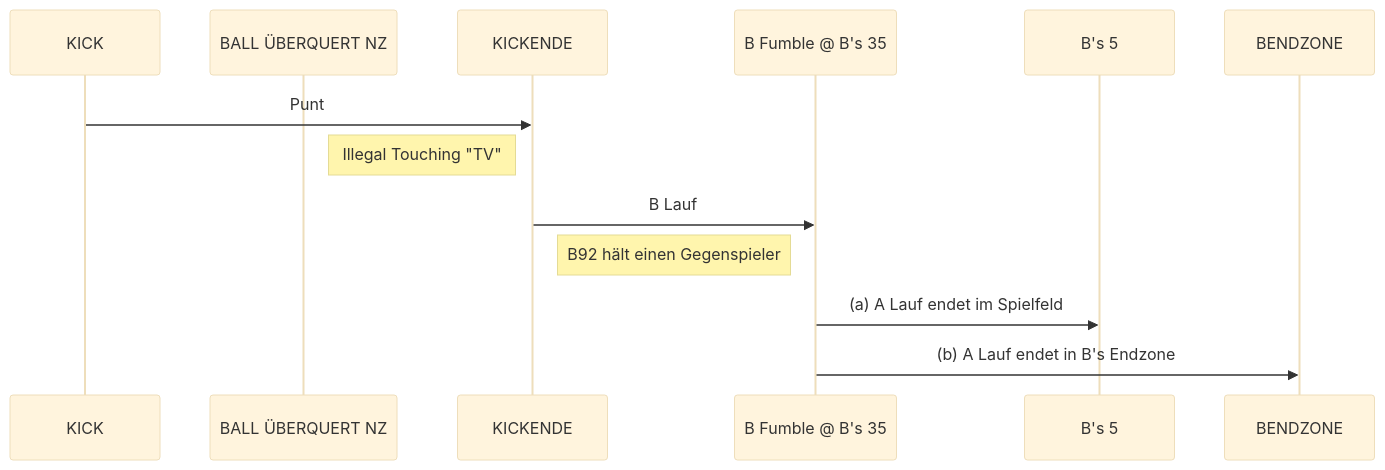
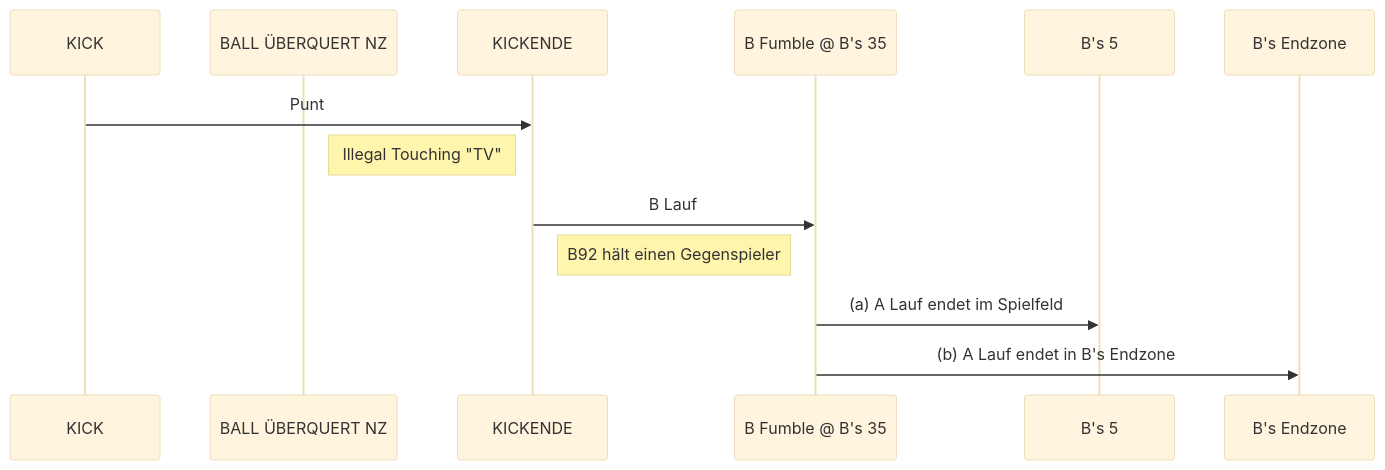
Before and after one commit to mschwieger/alizenz: the seventh of 7 diagrams in docs/scrimmage_kicks.md, drawn with Mermaid (base theme). The commit also changed other lines of this file, not shown here.

````diff
--- a/docs/scrimmage_kicks.md
+++ b/docs/scrimmage_kicks.md
@@ -168,15 +153,15 @@
 ```mermaid
 sequenceDiagram
     participant KICK
     participant NZ as BALL ÜBERQUERT NZ
     participant KICKENDE
     participant BFUMBLE as B Fumble @ B's 35
     participant BALLDEAD as B's 5
-    participant BENDZONE
+    participant BENDZONE as B's Endzone
     KICK->>KICKENDE: Punt
     note right of NZ: Illegal Touching "TV"
     KICKENDE->>BFUMBLE: B Lauf
     note right of KICKENDE: B92 hält einen Gegenspieler
     BFUMBLE->>BALLDEAD: (a) A Lauf endet im Spielfeld
     BFUMBLE->>BENDZONE: (b) A Lauf endet in B's Endzone
 ```
````
